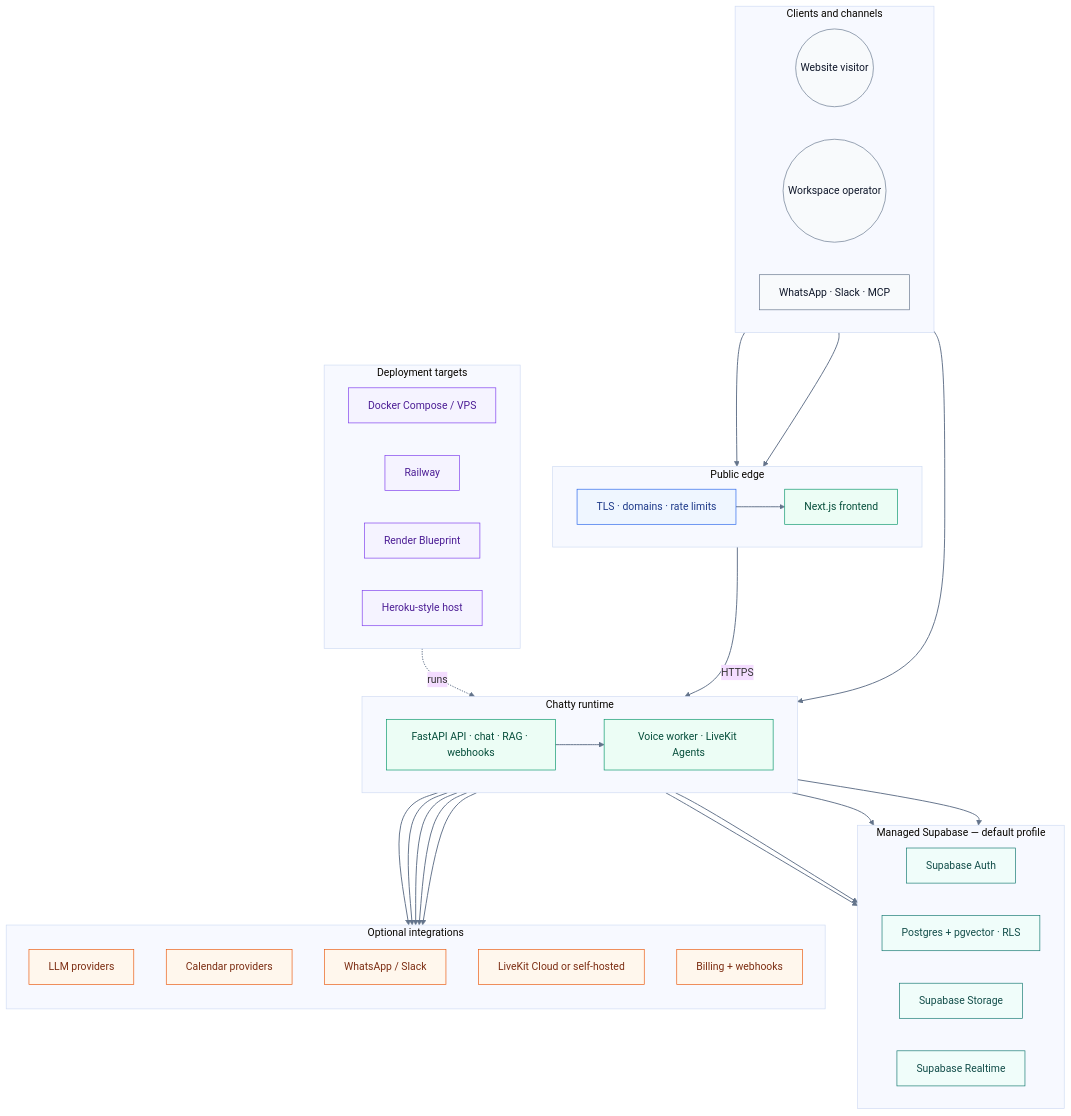
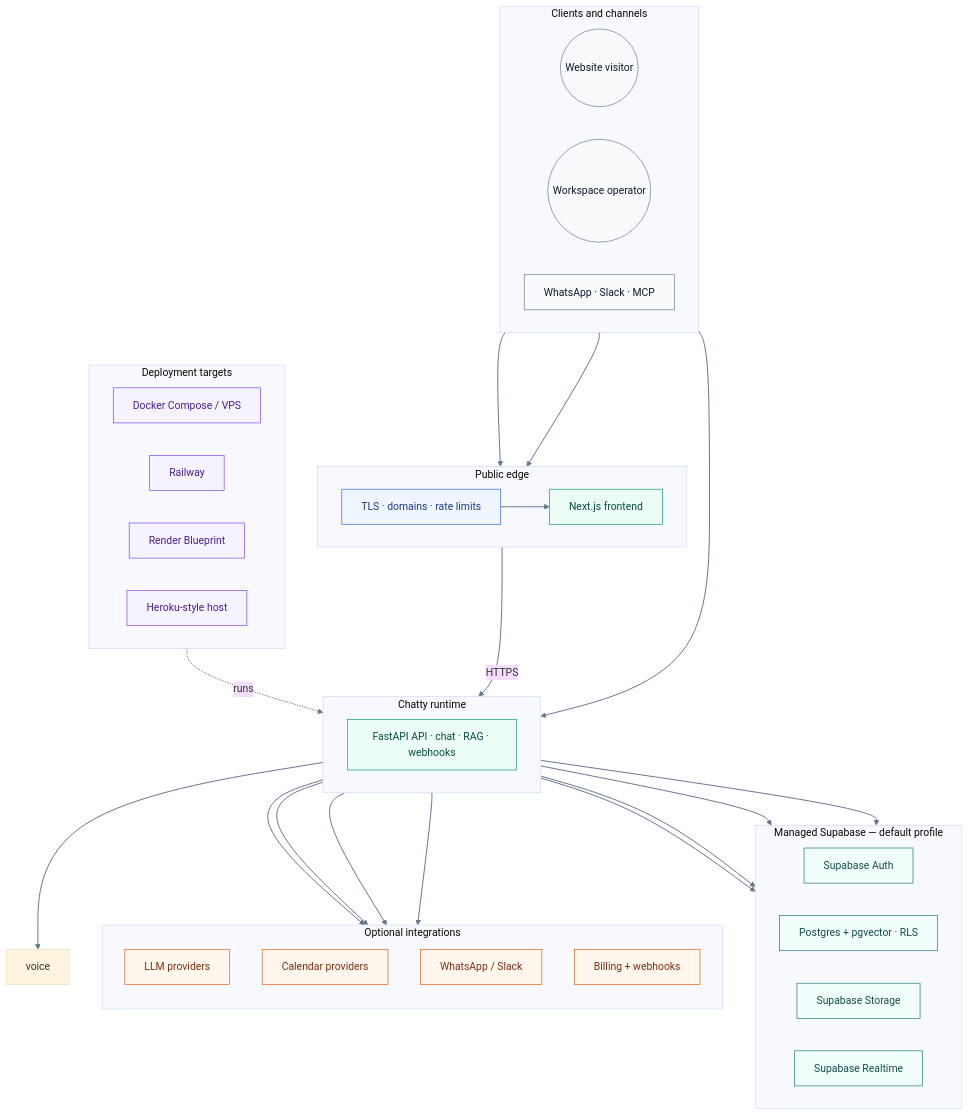
One commit to PersonaliAI/chatty changed the diagram in README.es.md. Above: the diagram before and after it, drawn with Mermaid (base theme). The commit also changed other lines of this file and 135 other files, not shown here.

````diff
--- a/README.es.md
+++ b/README.es.md
@@ -75,66 +68,63 @@
 ```mermaid
 flowchart TB
     classDef actor fill:#f8fafc,stroke:#64748b,color:#0f172a
     classDef edge fill:#eff6ff,stroke:#2563eb,color:#1e3a8a
     classDef app fill:#ecfdf5,stroke:#059669,color:#064e3b
     classDef data fill:#f0fdfa,stroke:#0f766e,color:#134e4a
     classDef integration fill:#fff7ed,stroke:#ea580c,color:#7c2d12
     classDef deploy fill:#f5f3ff,stroke:#7c3aed,color:#4c1d95
 
     subgraph clients["Clients and channels"]
         direction LR
         visitor(("Website visitor")):::actor
         operator(("Workspace operator")):::actor
         channels["WhatsApp · Slack · MCP"]:::actor
     end
     subgraph edge["Public edge"]
         direction LR
         tls["TLS · domains · rate limits"]:::edge
         web["Next.js frontend"]:::app
     end
     subgraph runtime["Chatty runtime"]
         direction LR
         api["FastAPI API · chat · RAG · webhooks"]:::app
-        voice["Voice worker · LiveKit Agents"]:::app
     end
     subgraph managed["Managed Supabase — default profile"]
         direction LR
         auth["Supabase Auth"]:::data
         postgres["Postgres + pgvector · RLS"]:::data
         storage["Supabase Storage"]:::data
         realtime["Supabase Realtime"]:::data
     end
     subgraph integrations["Optional integrations"]
         direction TB
         llm["LLM providers"]:::integration
         calendar["Calendar providers"]:::integration
         channelsApi["WhatsApp / Slack"]:::integration
-        livekit["LiveKit Cloud or self-hosted"]:::integration
         billing["Billing + webhooks"]:::integration
     end
     subgraph targets["Deployment targets"]
         direction LR
         docker["Docker Compose / VPS"]:::deploy
         railway["Railway"]:::deploy
         render["Render Blueprint"]:::deploy
         heroku["Heroku-style host"]:::deploy
     end
 
     visitor --> tls
     operator --> web
     channels --> api
     tls --> web
     web -->|HTTPS| api
     api --> voice
     api --> auth
     api --> postgres
     api --> storage
     api --> realtime
     api --> llm
     api --> calendar
     api --> channelsApi
-    voice --> livekit
     api --> billing
     targets -. runs .-> runtime
     linkStyle default stroke:#64748b,stroke-width:1.5px
 ```
````
